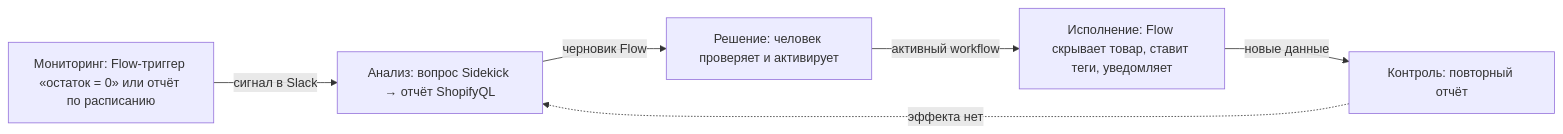
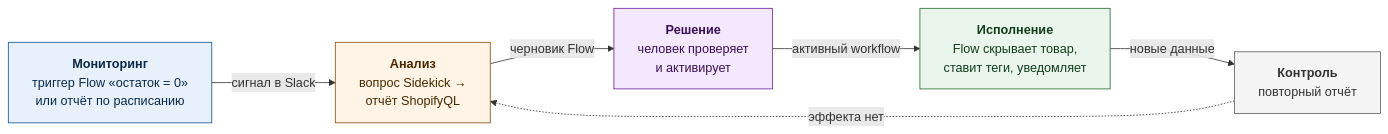
The first of 3 diagrams in docs/concept/README.md (konard/marketplace-retail-ai-control), drawn with Mermaid before and after one commit. The commit also changed other lines of this file and 8 other files, not shown here.

First line of the commit message:
docs: architecture with styled diagrams, UX guidelines mapped to scenarios

````diff
--- a/docs/concept/README.md
+++ b/docs/concept/README.md
@@ -20,8 +20,15 @@
 ```mermaid
 flowchart LR
-  M["Мониторинг: Flow-триггер «остаток = 0» или отчёт по расписанию"] -->|сигнал в Slack| A["Анализ: вопрос Sidekick → отчёт ShopifyQL"]
-  A -->|черновик Flow| D["Решение: человек проверяет и активирует"]
-  D -->|активный workflow| E["Исполнение: Flow скрывает товар, ставит теги, уведомляет"]
-  E -->|новые данные| C["Контроль: повторный отчёт"]
+  classDef mon fill:#e8f1fb,stroke:#0b5394,color:#0b2a4a
+  classDef ana fill:#fff4e5,stroke:#8a4b00,color:#4a2800
+  classDef dec fill:#f3e8fd,stroke:#6a1b9a,color:#3b0f57
+  classDef exe fill:#eaf5ec,stroke:#1d6b2f,color:#123d1c
+  classDef ctl fill:#f4f4f4,stroke:#5c5c5c,color:#333333
+  M["<b>Мониторинг</b><br/>триггер Flow «остаток = 0»<br/>или отчёт по расписанию"]:::mon
+  A["<b>Анализ</b><br/>вопрос Sidekick →<br/>отчёт ShopifyQL"]:::ana
+  D["<b>Решение</b><br/>человек проверяет<br/>и активирует"]:::dec
+  E["<b>Исполнение</b><br/>Flow скрывает товар,<br/>ставит теги, уведомляет"]:::exe
+  C["<b>Контроль</b><br/>повторный отчёт"]:::ctl
+  M -->|сигнал в Slack| A -->|черновик Flow| D -->|активный workflow| E -->|новые данные| C
   C -.->|эффекта нет| A
 ```
````
